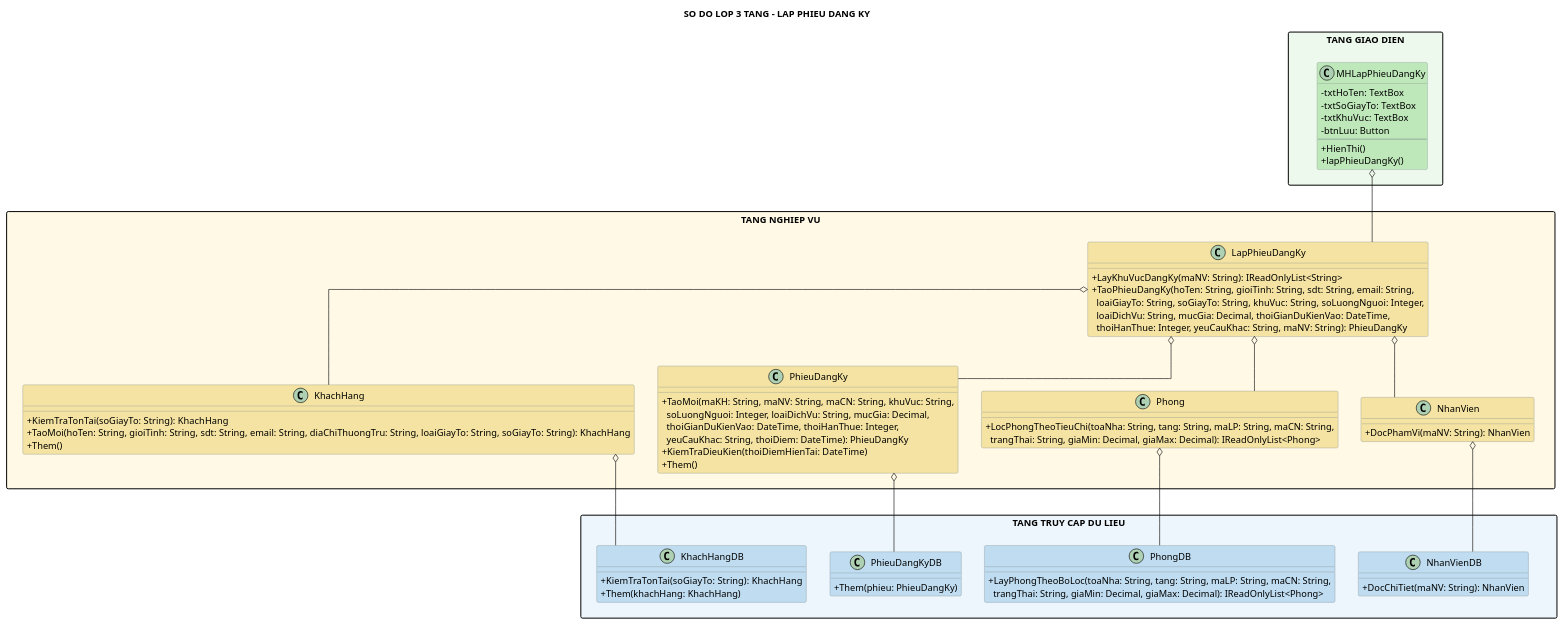
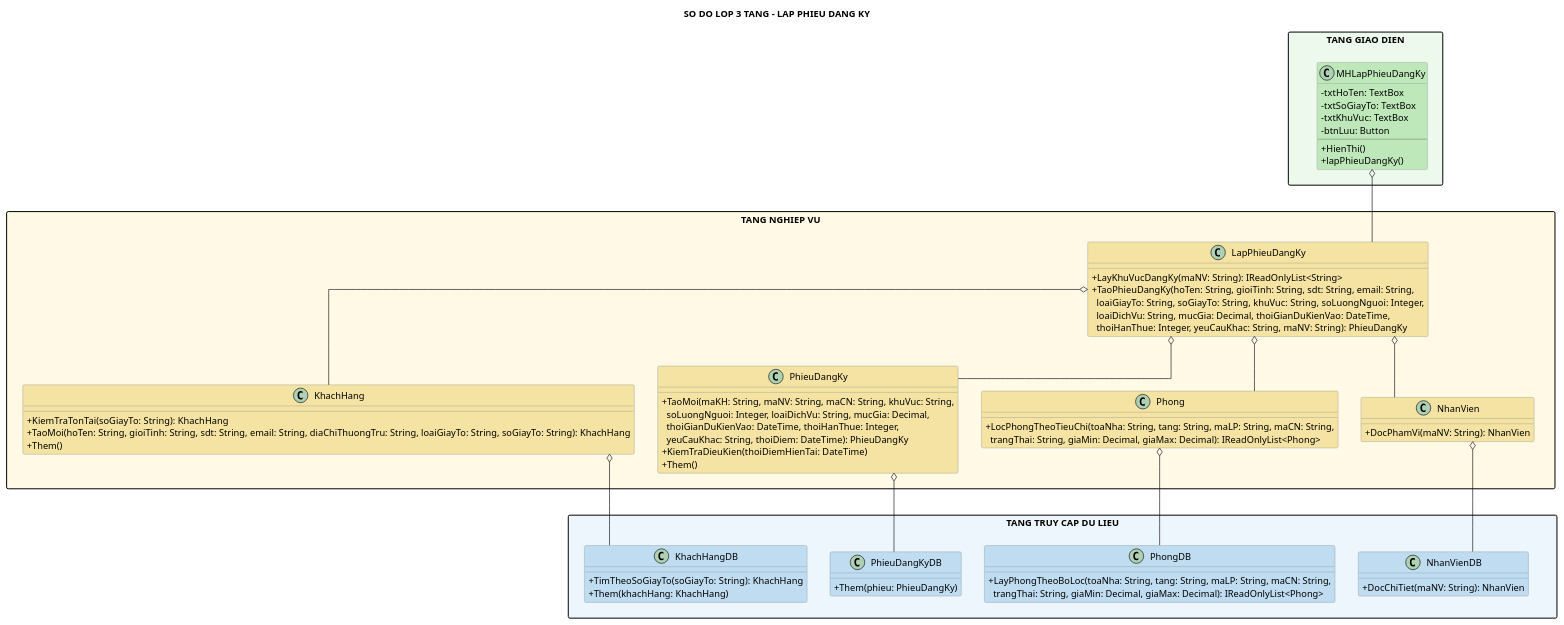
The diagram in docs/uml/lap-phieu-dang-ky-class.puml (Ming1309/HomeStay-Dorm), drawn with PlantUML before and after one commit. The commit also changed 41 other files, not shown here.

Commit message:
docs(uml): synchronize class and sequence diagrams with branch scope BLL parameters

```diff
--- a/docs/uml/lap-phieu-dang-ky-class.puml
+++ b/docs/uml/lap-phieu-dang-ky-class.puml
@@ -1,79 +1,79 @@
 @startuml
 title SO DO LOP 3 TANG - LAP PHIEU DANG KY
 
 top to bottom direction
 skinparam shadowing false
 skinparam linetype ortho
 skinparam nodesep 35
 skinparam ranksep 45
 skinparam packageStyle rectangle
 skinparam classAttributeIconSize 0
 skinparam class {
   BorderColor #7F8C8D
 }
 
 package "TANG GIAO DIEN" as GUI_LAYER #EDF9EC {
   class MHLapPhieuDangKy #BFE8BA {
     - txtHoTen: TextBox
     - txtSoGiayTo: TextBox
     - txtKhuVuc: TextBox
     - btnLuu: Button
     --
     + HienThi()
     + lapPhieuDangKy()
   }
 }
 
 package "TANG NGHIEP VU" as BUS_LAYER #FFF9E6 {
   class LapPhieuDangKy #F4E3A2 {
     + LayKhuVucDangKy(maNV: String): IReadOnlyList<String>
     + TaoPhieuDangKy(hoTen: String, gioiTinh: String, sdt: String, email: String,\n  loaiGiayTo: String, soGiayTo: String, khuVuc: String, soLuongNguoi: Integer,\n  loaiDichVu: String, mucGia: Decimal, thoiGianDuKienVao: DateTime,\n  thoiHanThue: Integer, yeuCauKhac: String, maNV: String): PhieuDangKy
   }
   class NhanVien #F4E3A2 {
     + DocPhamVi(maNV: String): NhanVien
   }
   class KhachHang #F4E3A2 {
     + KiemTraTonTai(soGiayTo: String): KhachHang
     + TaoMoi(hoTen: String, gioiTinh: String, sdt: String, email: String, diaChiThuongTru: String, loaiGiayTo: String, soGiayTo: String): KhachHang
     + Them()
   }
   class PhieuDangKy #F4E3A2 {
     + TaoMoi(maKH: String, maNV: String, maCN: String, khuVuc: String,\n  soLuongNguoi: Integer, loaiDichVu: String, mucGia: Decimal,\n  thoiGianDuKienVao: DateTime, thoiHanThue: Integer,\n  yeuCauKhac: String, thoiDiem: DateTime): PhieuDangKy
     + KiemTraDieuKien(thoiDiemHienTai: DateTime)
     + Them()
   }
   class Phong #F4E3A2 {
     + LocPhongTheoTieuChi(toaNha: String, tang: String, maLP: String, maCN: String,\n  trangThai: String, giaMin: Decimal, giaMax: Decimal): IReadOnlyList<Phong>
   }
 }
 
 package "TANG TRUY CAP DU LIEU" as DAL_LAYER #EDF6FC {
   class NhanVienDB #BFDCF0 {
     + DocChiTiet(maNV: String): NhanVien
   }
   class KhachHangDB #BFDCF0 {
-    + KiemTraTonTai(soGiayTo: String): KhachHang
+    + TimTheoSoGiayTo(soGiayTo: String): KhachHang
     + Them(khachHang: KhachHang)
   }
   class PhieuDangKyDB #BFDCF0 {
     + Them(phieu: PhieuDangKy)
   }
   class PhongDB #BFDCF0 {
     + LayPhongTheoBoLoc(toaNha: String, tang: String, maLP: String, maCN: String,\n  trangThai: String, giaMin: Decimal, giaMax: Decimal): IReadOnlyList<Phong>
   }
 }
 
 GUI_LAYER -[hidden]down- BUS_LAYER
 BUS_LAYER -[hidden]down- DAL_LAYER
 MHLapPhieuDangKy o-down- LapPhieuDangKy
 LapPhieuDangKy o-- NhanVien
 LapPhieuDangKy o-- KhachHang
 LapPhieuDangKy o-- PhieuDangKy
 LapPhieuDangKy o-- Phong
 NhanVien o-down- NhanVienDB
 KhachHang o-down- KhachHangDB
 PhieuDangKy o-down- PhieuDangKyDB
 Phong o-down- PhongDB
 LapPhieuDangKy -[hidden]down- NhanVienDB
 Phong -[hidden]down- NhanVienDB
 @enduml
```
